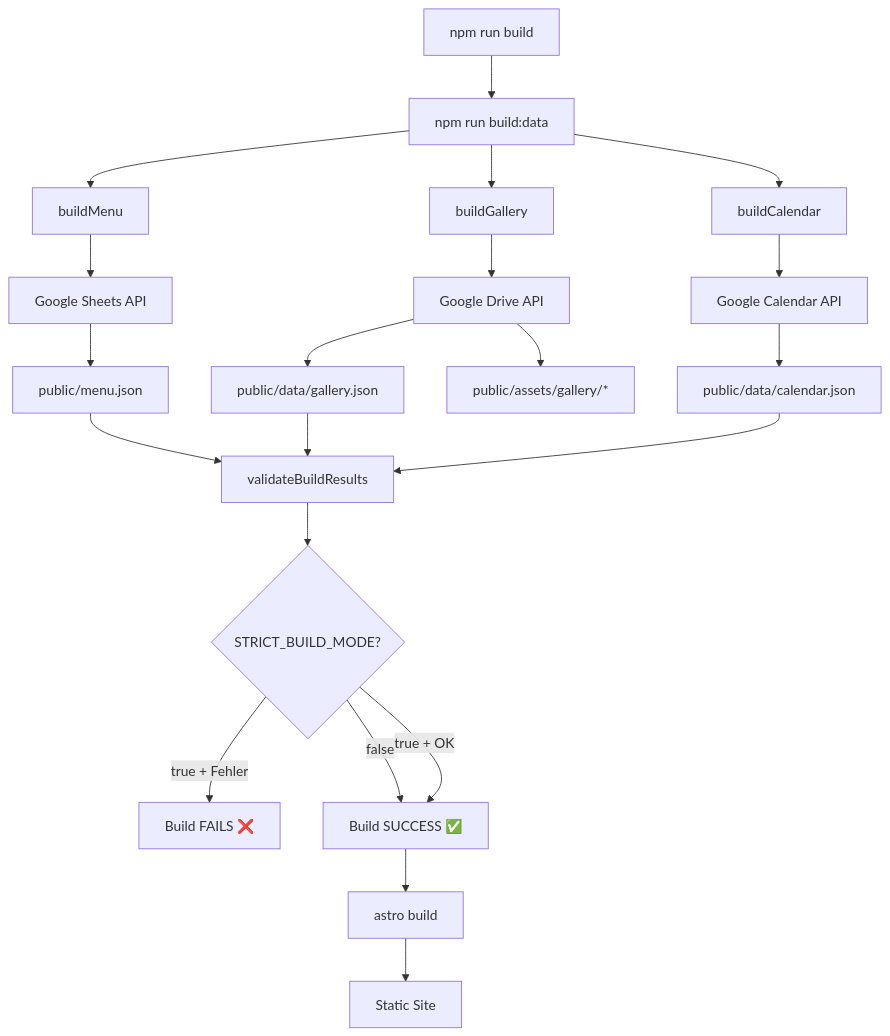
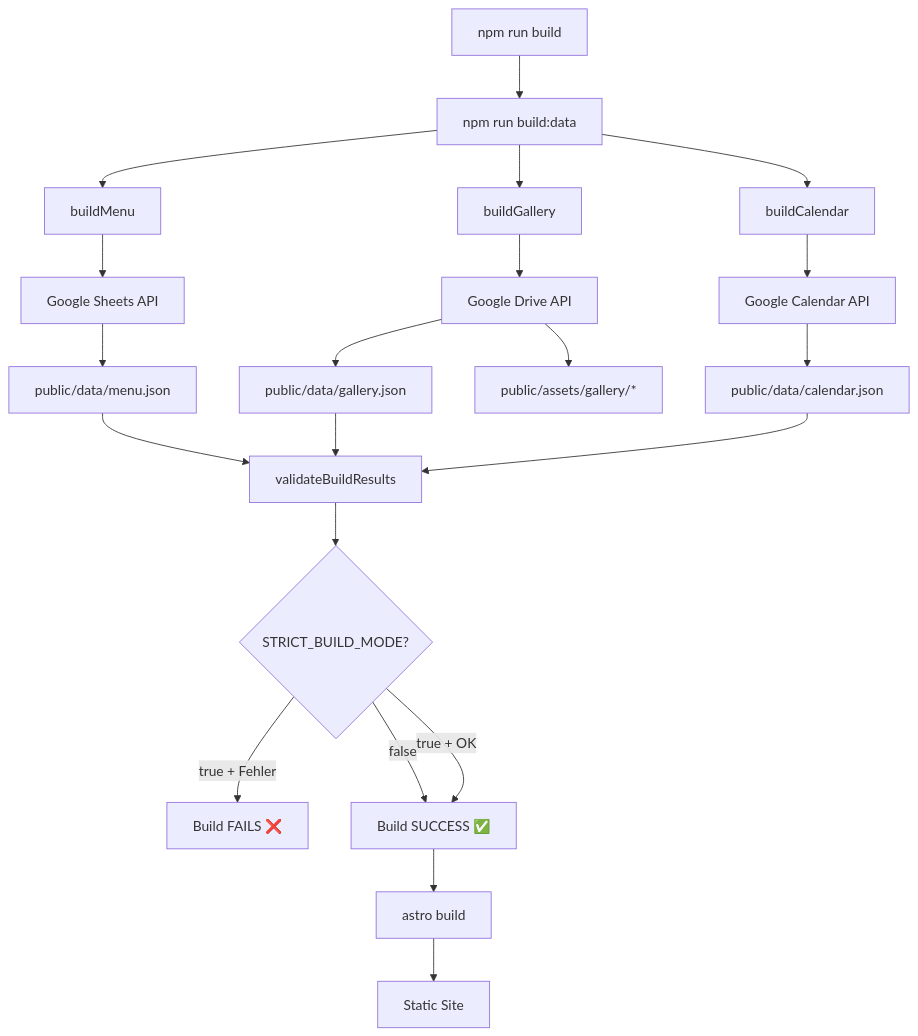
One commit to Swabble/ArchiesOnTourMobileFIrst changed the first of 2 diagrams in API-INTEGRATION.md. Above: the diagram before and after it, drawn with Mermaid. The commit also changed other lines of this file and 18 other files, not shown here.

Commit message:
Move menu JSON into public data directory

````diff
--- a/API-INTEGRATION.md
+++ b/API-INTEGRATION.md
@@ -120,28 +120,28 @@
 ```mermaid
 graph TD
     A[npm run build] --> B[npm run build:data]
     B --> C[buildMenu]
     B --> D[buildGallery]
     B --> E[buildCalendar]
 
     C --> F[Google Sheets API]
     D --> G[Google Drive API]
     E --> H[Google Calendar API]
 
-    F --> I[public/menu.json]
+    F --> I[public/data/menu.json]
     G --> J[public/data/gallery.json]
     G --> K[public/assets/gallery/*]
     H --> L[public/data/calendar.json]
 
     I --> M[validateBuildResults]
     J --> M
     L --> M
 
     M --> N{STRICT_BUILD_MODE?}
     N -->|true + Fehler| O[Build FAILS ❌]
     N -->|false| P[Build SUCCESS ✅]
     N -->|true + OK| P
 
     P --> Q[astro build]
     Q --> R[Static Site]
 ```
````
